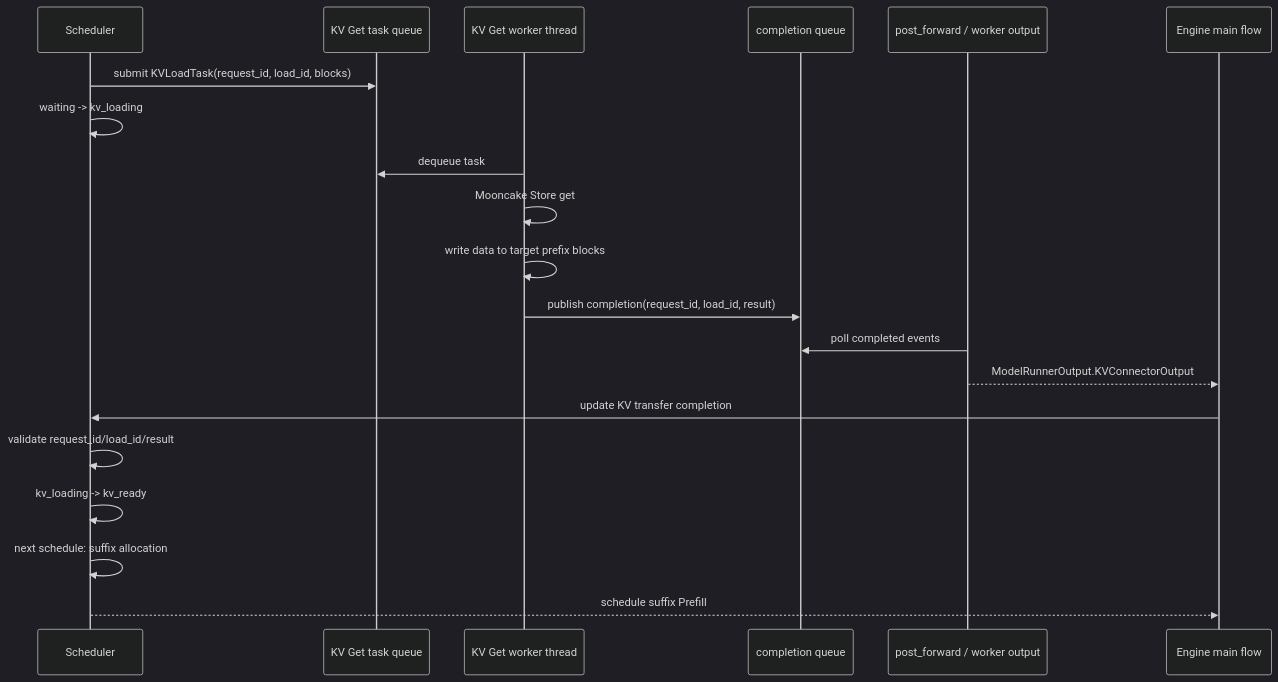
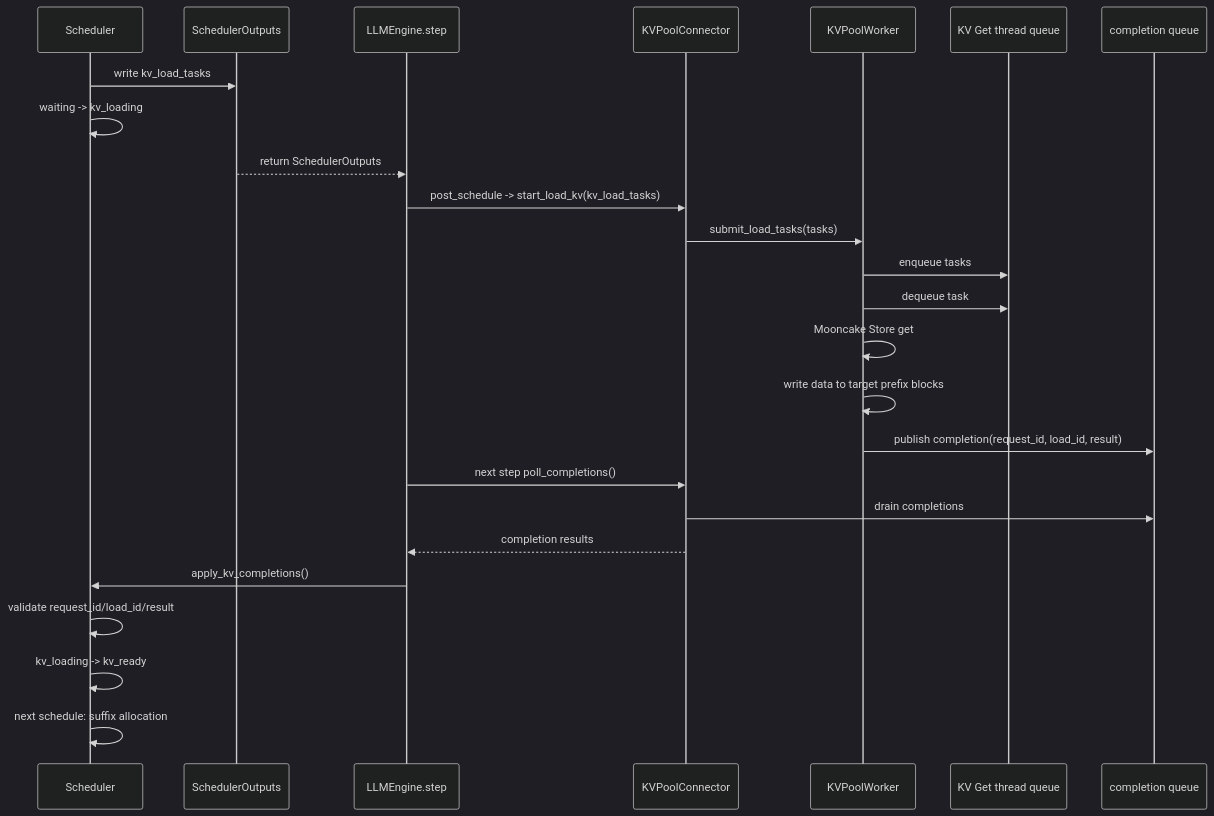
Before and after one commit to tuliang1024/kv_cache: the second of 3 diagrams in REQ-KVP-04-async-kv-get/REQ-KVP-04-async-kv-get.md, drawn with Mermaid (dark theme). The commit also changed other lines of this file, not shown here.

````diff
--- a/REQ-KVP-04-async-kv-get/REQ-KVP-04-async-kv-get.md
+++ b/REQ-KVP-04-async-kv-get/REQ-KVP-04-async-kv-get.md
@@ -110,23 +112,28 @@
 ```mermaid
 sequenceDiagram
     participant S as Scheduler
-    participant Q as KV Get task queue
-    participant W as KV Get worker thread
+    participant O as SchedulerOutputs
+    participant E as LLMEngine.step
+    participant K as KVPoolConnector
+    participant W as KVPoolWorker
+    participant Q as KV Get thread queue
     participant C as completion queue
-    participant P as post_forward / worker output
-    participant E as Engine main flow
 
-    S->>Q: submit KVLoadTask(request_id, load_id, blocks)
+    S->>O: write kv_load_tasks
     S->>S: waiting -> kv_loading
+    O-->>E: return SchedulerOutputs
+    E->>K: post_schedule -> start_load_kv(kv_load_tasks)
+    K->>W: submit_load_tasks(tasks)
+    W->>Q: enqueue tasks
     W->>Q: dequeue task
     W->>W: Mooncake Store get
     W->>W: write data to target prefix blocks
     W->>C: publish completion(request_id, load_id, result)
-    P->>C: poll completed events
-    P-->>E: ModelRunnerOutput.KVConnectorOutput
-    E->>S: update KV transfer completion
+    E->>K: next step poll_completions()
+    K->>C: drain completions
+    K-->>E: completion results
+    E->>S: apply_kv_completions()
     S->>S: validate request_id/load_id/result
     S->>S: kv_loading -> kv_ready
     S->>S: next schedule: suffix allocation
-    S-->>E: schedule suffix Prefill
 ```
````
